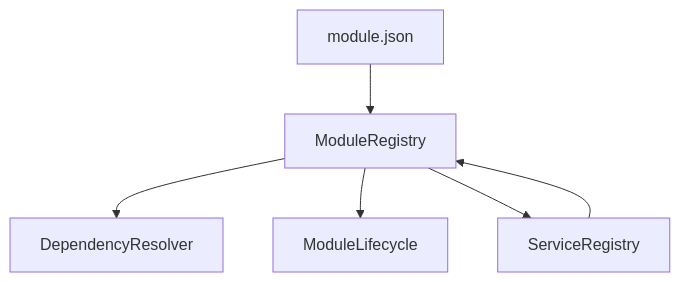
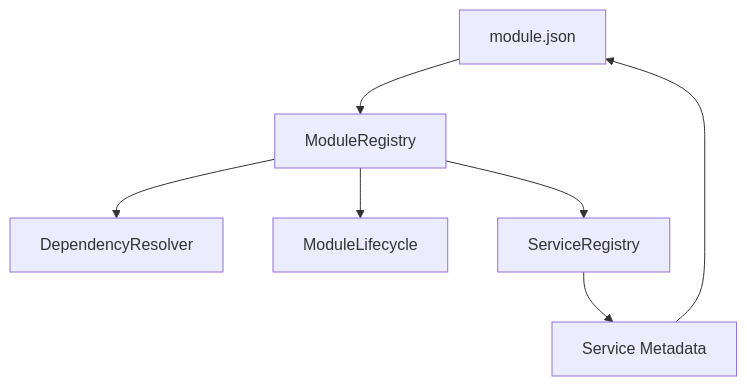
One commit to geniusdynamics/schoolpilot changed diagram 11 of 11 in .qoder/repowiki/en/content/Architecture Overview/Core Architectural Patterns/Core Architectural Patterns.md. Above: the diagram before and after it, drawn with Mermaid. The commit also changed other lines of this file and 21 other files, not shown here.

````diff
--- a/.qoder/repowiki/en/content/Architecture Overview/Core Architectural Patterns/Core Architectural Patterns.md
+++ b/.qoder/repowiki/en/content/Architecture Overview/Core Architectural Patterns/Core Architectural Patterns.md
@@ -351,13 +522,15 @@
 ```mermaid
 graph TB
 MJ["module.json"]
 MR["ModuleRegistry"]
 DR["DependencyResolver"]
 ML["ModuleLifecycle"]
 SR["ServiceRegistry"]
+SM["Service Metadata"]
 MJ --> MR
 MR --> DR
 MR --> ML
 MR --> SR
-SR --> MR
+SR --> SM
+SM --> MJ
 ```
````
